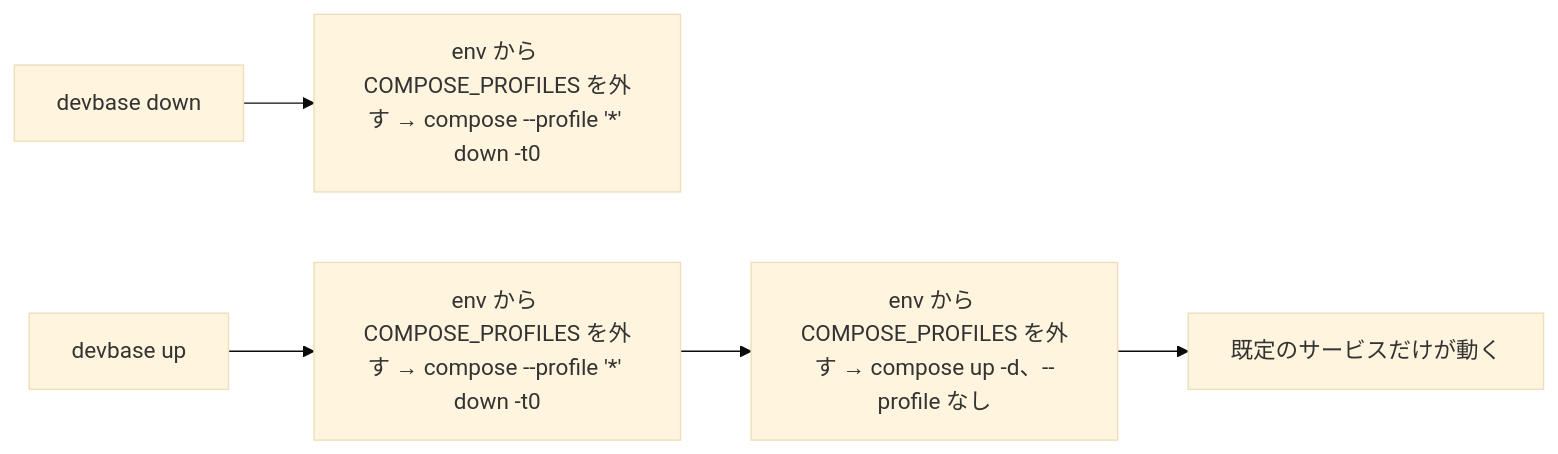
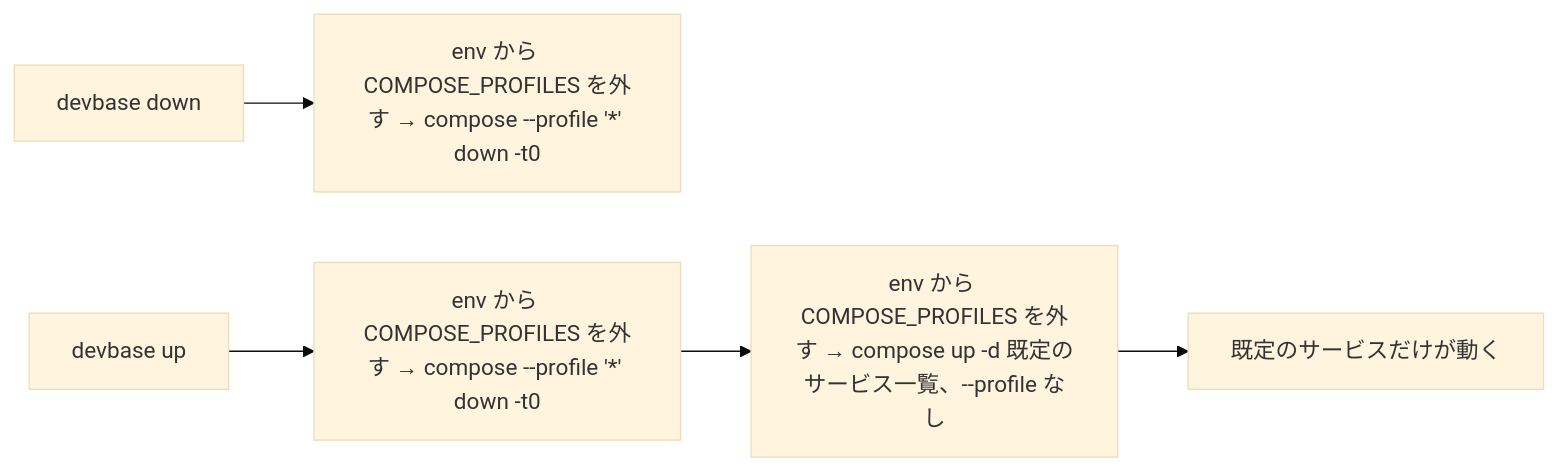
The sixth of 6 diagrams in issues/PLAN58_compose-profiles-design.md (devbasex/devbase), drawn with Mermaid (base theme) before and after one commit. The commit also changed other lines of this file, not shown here.

First line of the commit message:
docs(PLAN58): 決定 7 を 2 段の対策として整理し、compose を呼ぶ経路を棚卸しする (#189)

````diff
--- a/issues/PLAN58_compose-profiles-design.md
+++ b/issues/PLAN58_compose-profiles-design.md
@@ -279,7 +283,7 @@
 ```mermaid
 graph LR
     A[devbase down] --> B["env から COMPOSE_PROFILES を外す → compose --profile '*' down -t0"]
     C[devbase up] --> D["env から COMPOSE_PROFILES を外す → compose --profile '*' down -t0"]
-    D --> E["env から COMPOSE_PROFILES を外す → compose up -d、--profile なし"]
+    D --> E["env から COMPOSE_PROFILES を外す → compose up -d 既定のサービス一覧、--profile なし"]
     E --> F[既定のサービスだけが動く]
 ```
````
